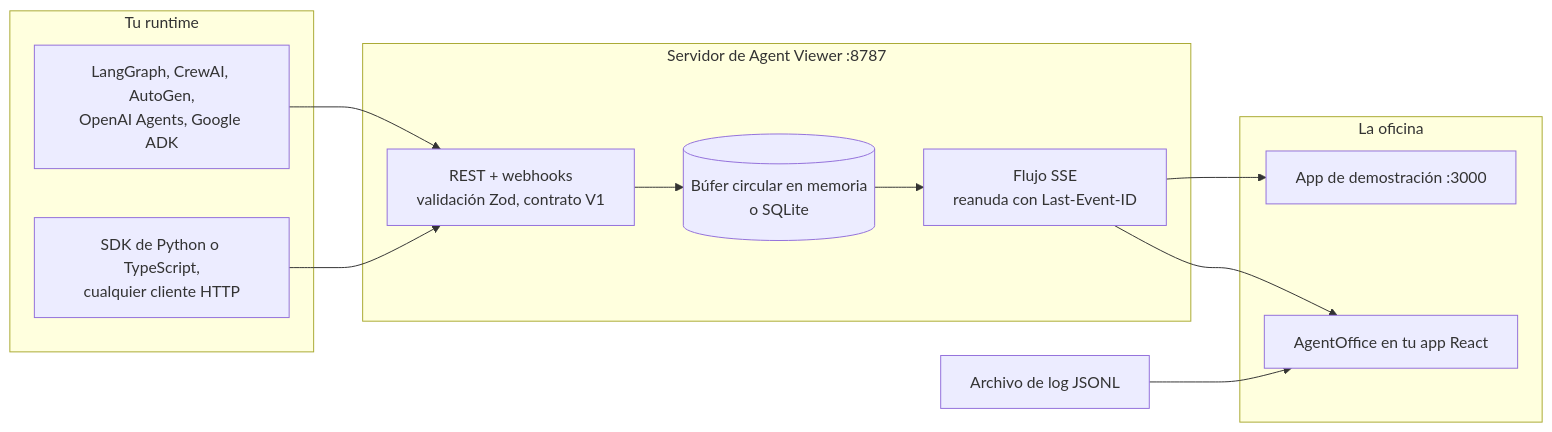
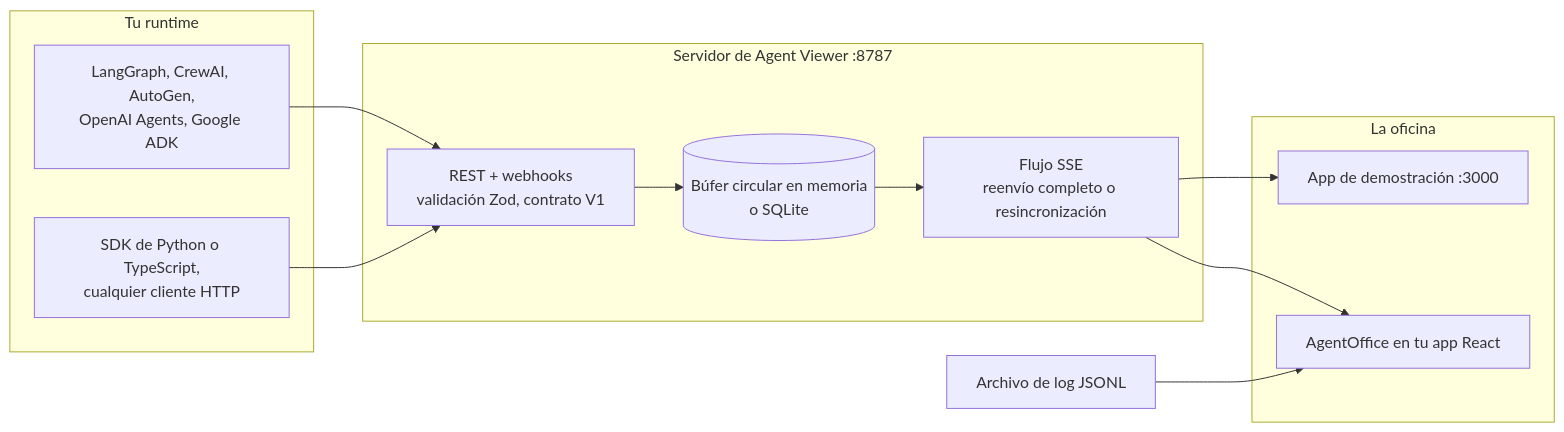
Before and after one commit to jmmana/Agent-Viewer: the diagram in docs/README.es.md, drawn with Mermaid. The commit also changed other lines of this file and 21 other files, not shown here.

First line of the commit message:
feat(server): SSE reconnect replays every missed event or forces a resync (#208)

````diff
--- a/docs/README.es.md
+++ b/docs/README.es.md
@@ -571,24 +571,24 @@
 ```mermaid
 flowchart LR
   subgraph Runtimes["Tu runtime"]
     A["LangGraph, CrewAI, AutoGen,<br/>OpenAI Agents, Google ADK"]
     S["SDK de Python o TypeScript,<br/>cualquier cliente HTTP"]
   end
   subgraph Server["Servidor de Agent Viewer :8787"]
     I["REST + webhooks<br/>validación Zod, contrato V1"]
     D[("Búfer circular en memoria<br/>o SQLite")]
-    E["Flujo SSE<br/>reanuda con Last-Event-ID"]
+    E["Flujo SSE<br/>reenvío completo o resincronización"]
   end
   subgraph Office["La oficina"]
     W["App de demostración :3000"]
     L["AgentOffice en tu app React"]
   end
   J["Archivo de log JSONL"]
   A --> I
   S --> I
   I --> D
   D --> E
   E --> W
   E --> L
   J --> L
 ```
````
